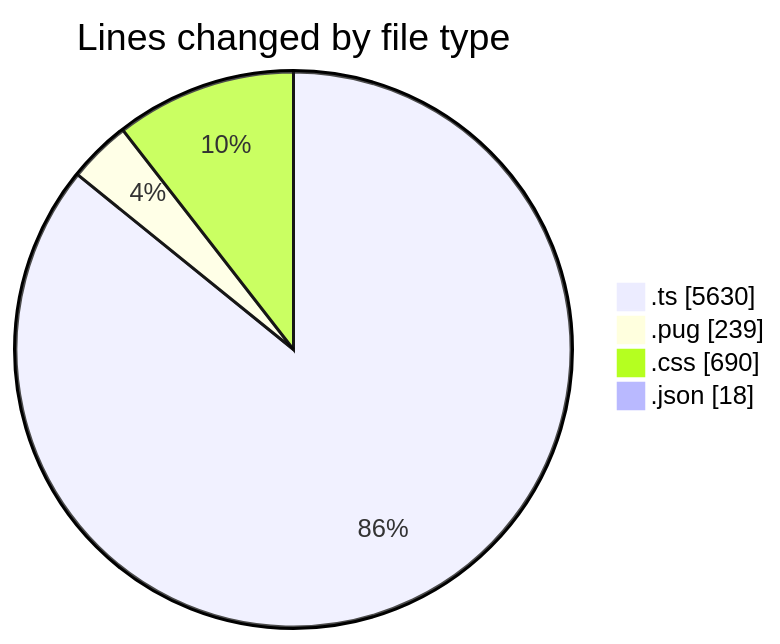
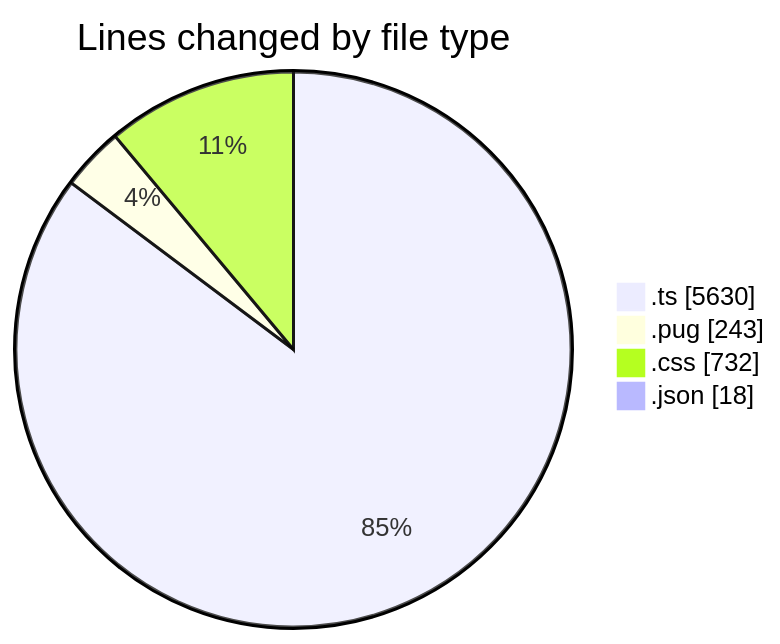
One commit to momahboobian/code-tracking changed the first of 2 diagrams in 2025-10-31/cda/README.md. Above: the diagram before and after it, drawn with Mermaid. The commit also changed other lines of this file and 1 other file, not shown here.

````diff
--- a/2025-10-31/cda/README.md
+++ b/2025-10-31/cda/README.md
@@ -31,8 +31,8 @@
 ```mermaid
 pie showData
 title Lines changed by file type
 ".ts" : 5630
-".pug" : 239
-".css" : 690
+".pug" : 243
+".css" : 732
 ".json" : 18
 ```
````
